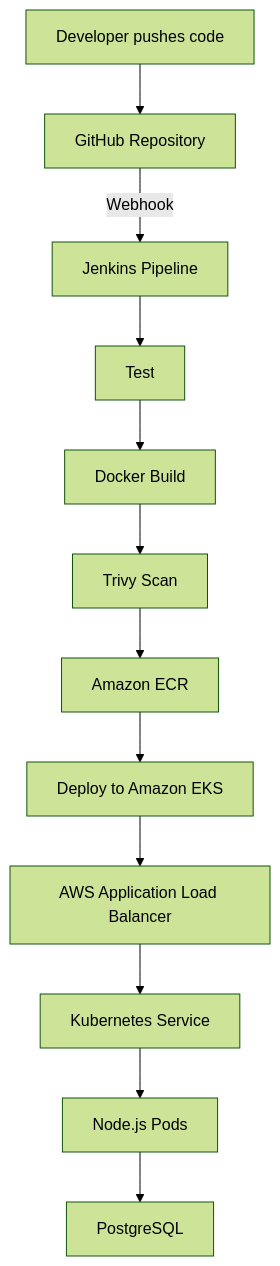
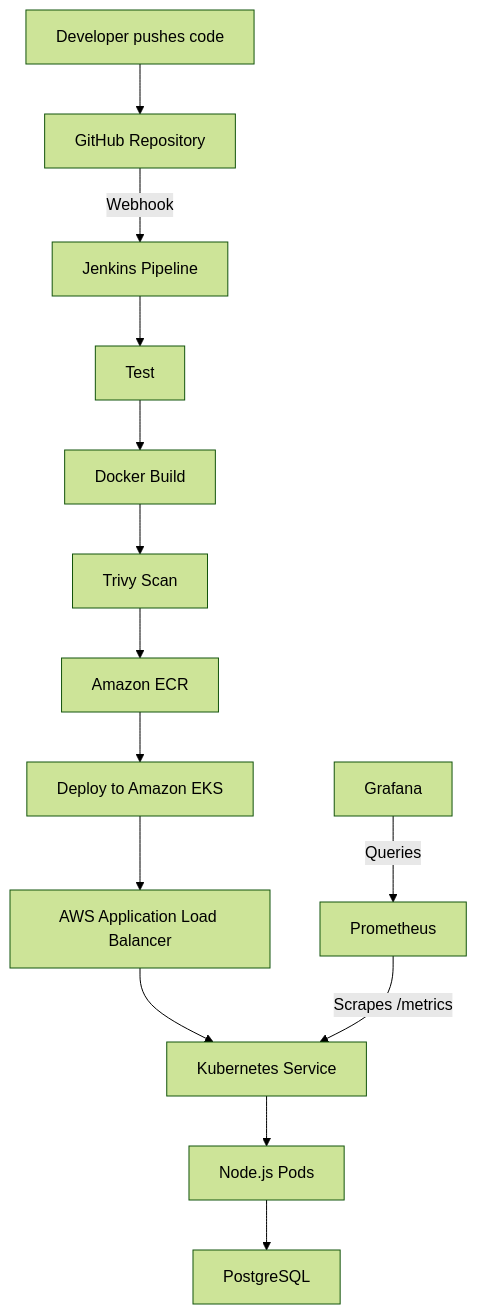
Before and after one commit to Rehap1/NodeJS-DevOps: the diagram in README.md, drawn with Mermaid (forest theme). The commit also changed other lines of this file and 301 other files, not shown here.

Commit message:
docs: add Prometheus and Grafana monitoring

````diff
--- a/README.md
+++ b/README.md
@@ -27,14 +30,16 @@
 ```mermaid
 flowchart TD
     Developer["Developer pushes code"] --> GitHub["GitHub Repository"]
     GitHub -->|Webhook| Jenkins["Jenkins Pipeline"]
     Jenkins --> Test["Test"]
     Test --> Build["Docker Build"]
     Build --> Scan["Trivy Scan"]
     Scan --> ECR["Amazon ECR"]
     ECR --> Deploy["Deploy to Amazon EKS"]
     Deploy --> ALB["AWS Application Load Balancer"]
     ALB --> Service["Kubernetes Service"]
     Service --> Pods["Node.js Pods"]
     Pods --> PostgreSQL["PostgreSQL"]
+    Prometheus["Prometheus"] -->|Scrapes /metrics| Service
+    Grafana["Grafana"] -->|Queries| Prometheus
 ```
````
